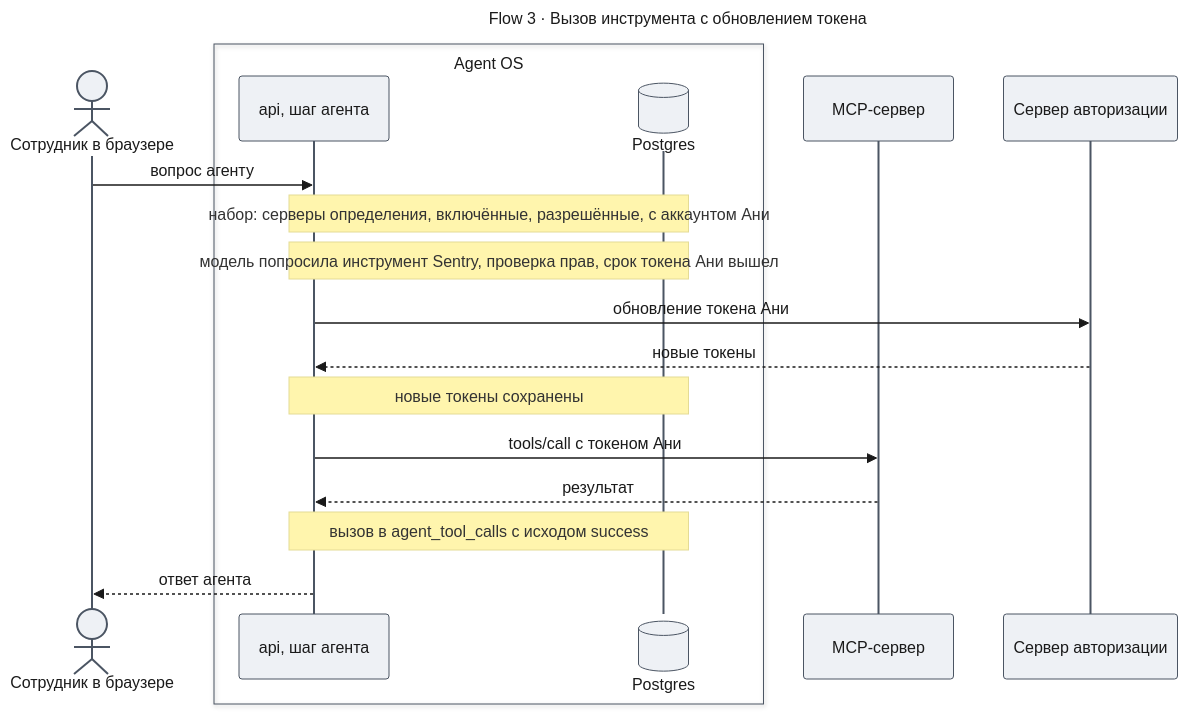
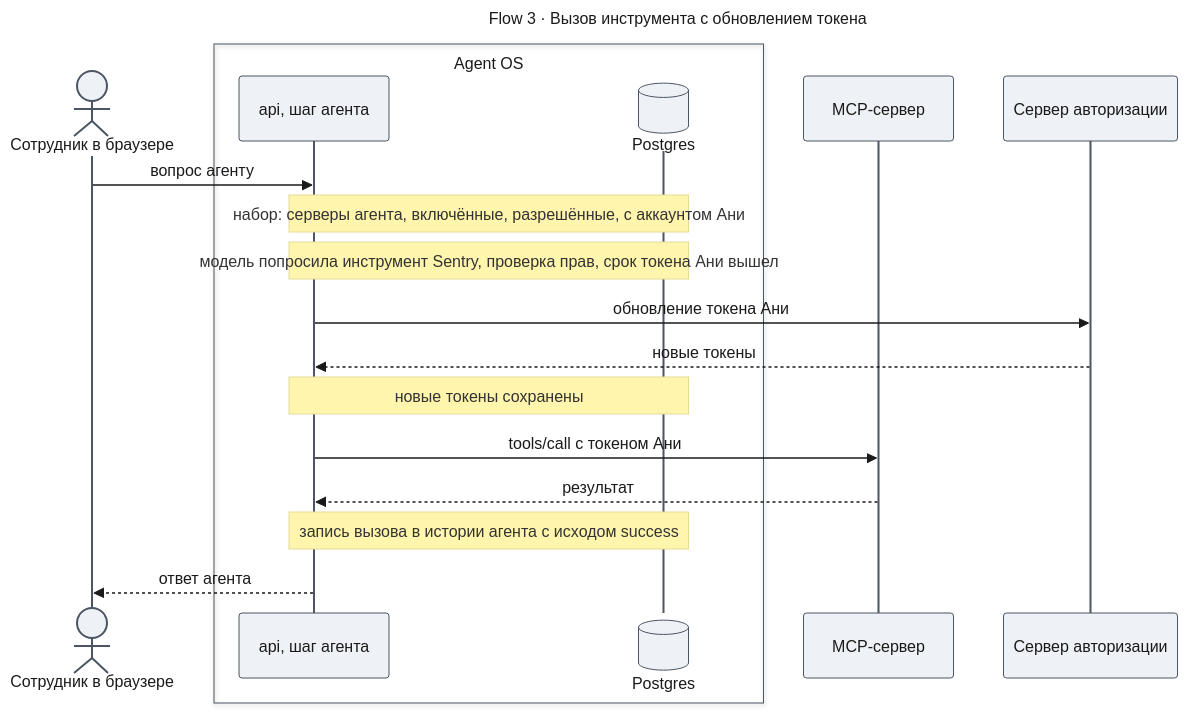
Before and after one commit to tundraray/agent-os: the eighth of 9 diagrams in docs/features/enterprise-access/design-mcp-connect.md, drawn with Mermaid. The commit also changed other lines of this file and 1225 other files, not shown here.

````diff
--- a/docs/features/enterprise-access/design-mcp-connect.md
+++ b/docs/features/enterprise-access/design-mcp-connect.md
@@ -642,40 +605,40 @@
 ```mermaid
 ---
 title: "Flow 3 · Вызов инструмента с обновлением токена"
 config:
   theme: base
   look: classic
   themeVariables:
     primaryColor: "#eef1f5"
     primaryBorderColor: "#4b5563"
     primaryTextColor: "#1a1a1a"
     lineColor: "#6b7280"
   themeCSS: |
     @keyframes lit_mf3{0%,15%{stroke:#991b1b;stroke-width:6px}16.67%,100%{stroke:#37474f;stroke-width:2px}}
     @keyframes litr_mf3{0%,15%{stroke:#1d4ed8;stroke-width:6px}16.67%,100%{stroke:#37474f;stroke-width:2px}}
     .messageLine0[data-id='i0'],.messageLine1[data-id='i0']{animation:lit_mf3 7.2s linear 0s infinite}
     .messageLine0[data-id='i3'],.messageLine1[data-id='i3']{animation:lit_mf3 7.2s linear 1.2s infinite}
     .messageLine0[data-id='i4'],.messageLine1[data-id='i4']{animation:litr_mf3 7.2s linear 2.4s infinite}
     .messageLine0[data-id='i6'],.messageLine1[data-id='i6']{animation:lit_mf3 7.2s linear 3.6s infinite}
     .messageLine0[data-id='i7'],.messageLine1[data-id='i7']{animation:litr_mf3 7.2s linear 4.8s infinite}
     .messageLine0[data-id='i9'],.messageLine1[data-id='i9']{animation:litr_mf3 7.2s linear 6s infinite}
 ---
 sequenceDiagram
     actor U as Сотрудник в браузере
     box Agent OS
     participant A as api, шаг агента
     participant DB@{ "type": "database" } as Postgres
     end
     participant M as MCP-сервер
     participant S as Сервер авторизации
     U->>A: вопрос агенту
-    Note over A,DB: набор: серверы определения, включённые, разрешённые, с аккаунтом Ани
+    Note over A,DB: набор: серверы агента, включённые, разрешённые, с аккаунтом Ани
     Note over A,DB: модель попросила инструмент Sentry, проверка прав, срок токена Ани вышел
     A->>S: обновление токена Ани
     S-->>A: новые токены
     Note over A,DB: новые токены сохранены
     A->>M: tools/call с токеном Ани
     M-->>A: результат
-    Note over A,DB: вызов в agent_tool_calls с исходом success
+    Note over A,DB: запись вызова в истории агента с исходом success
     A-->>U: ответ агента
 ```
````
